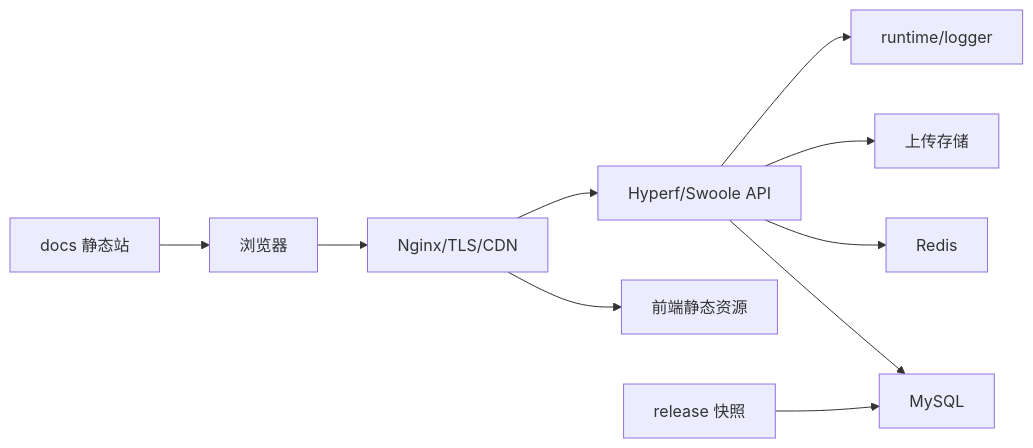
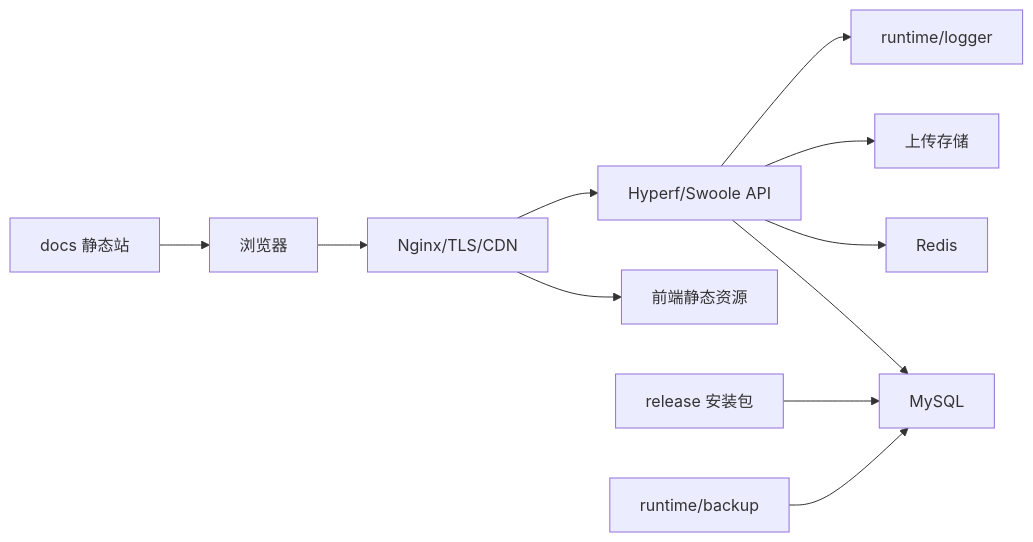
The diagram in docs/部署运维/README.md (zoujingli/SmartAdmin), drawn with Mermaid before and after one commit. The commit also changed other lines of this file and 329 other files, not shown here.

````diff
--- a/docs/部署运维/README.md
+++ b/docs/部署运维/README.md
@@ -34,12 +34,13 @@
 ```mermaid
 flowchart LR
   User["浏览器"] --> Nginx["Nginx/TLS/CDN"]
   Nginx --> Web["前端静态资源"]
   Nginx --> API["Hyperf/Swoole API"]
   API --> DB["MySQL"]
   API --> Redis["Redis"]
   API --> Storage["上传存储"]
   API --> Logs["runtime/logger"]
-  Release["release 快照"] --> DB
+  Release["release 安装包"] --> DB
+  Backup["runtime/backup"] --> DB
   Docs["docs 静态站"] --> User
 ```
````
